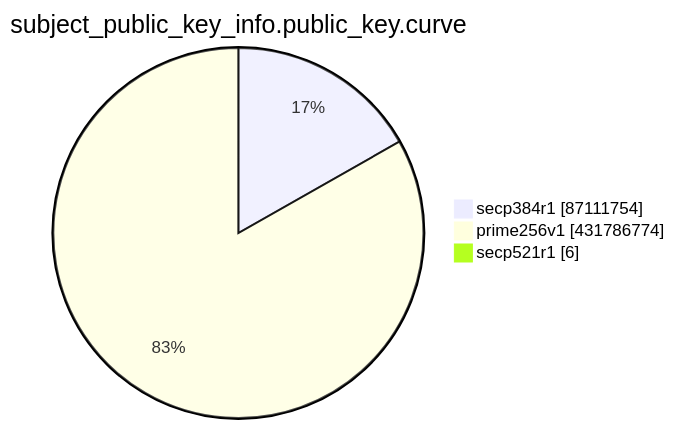
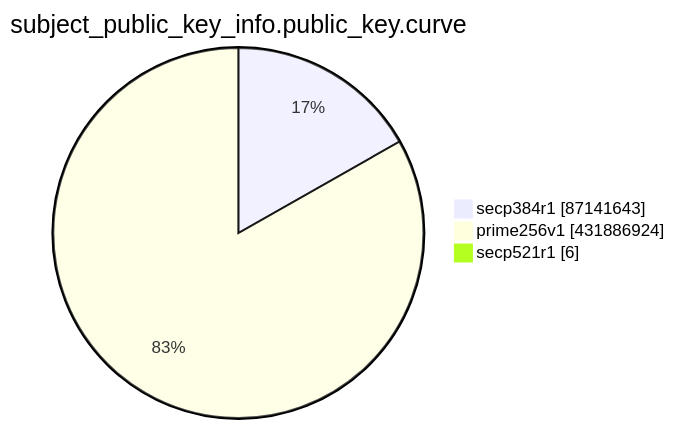
One commit to christiankrug/ctmonitor_visualization changed the eighth of 15 diagrams in TOTAL/README.md. Above: the diagram before and after it, drawn with Mermaid. The commit also changed other lines of this file, not shown here.

````diff
--- a/TOTAL/README.md
+++ b/TOTAL/README.md
@@ -3100,7 +3100,7 @@
 ```mermaid
 pie showData
 title subject_public_key_info.public_key.curve
-"secp384r1" :87111754
-"prime256v1" :431786774
+"secp384r1" :87141643
+"prime256v1" :431886924
 "secp521r1" :6
 ```
````
